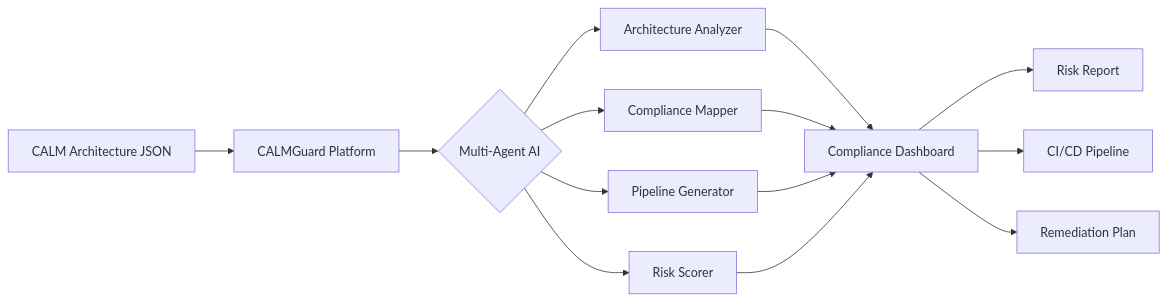
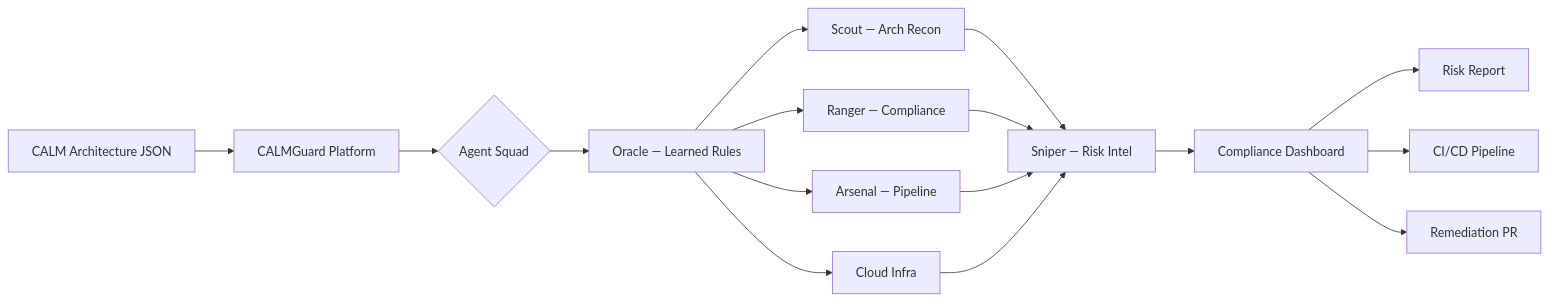
One commit to opsflo/calmguard changed the diagram in docs/docs/intro.md. Above: the diagram before and after it, drawn with Mermaid. The commit also changed other lines of this file and 4 other files, not shown here.

First line of the commit message:
docs: update agent squad callsigns in docs, close Phase 11, update state

````diff
--- a/docs/docs/intro.md
+++ b/docs/docs/intro.md
@@ -25,16 +25,18 @@
 ```mermaid
 flowchart LR
     A[CALM Architecture JSON] --> B[CALMGuard Platform]
-    B --> C{Multi-Agent AI}
-    C --> D[Architecture Analyzer]
-    C --> E[Compliance Mapper]
-    C --> F[Pipeline Generator]
-    C --> G[Risk Scorer]
-    D --> H[Compliance Dashboard]
-    E --> H
-    F --> H
-    G --> H
-    H --> I[Risk Report]
-    H --> J[CI/CD Pipeline]
-    H --> K[Remediation Plan]
+    B --> C{Agent Squad}
+    C --> D[Oracle — Learned Rules]
+    D --> E[Scout — Arch Recon]
+    D --> F[Ranger — Compliance]
+    D --> G[Arsenal — Pipeline]
+    D --> H[Cloud Infra]
+    E --> I[Sniper — Risk Intel]
+    F --> I
+    G --> I
+    H --> I
+    I --> J[Compliance Dashboard]
+    J --> K[Risk Report]
+    J --> L[CI/CD Pipeline]
+    J --> M[Remediation PR]
 ```
````
